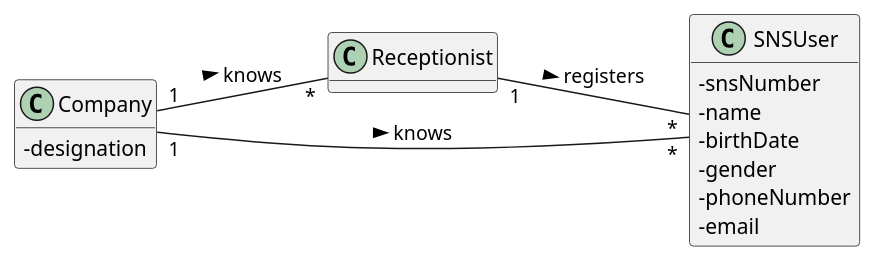
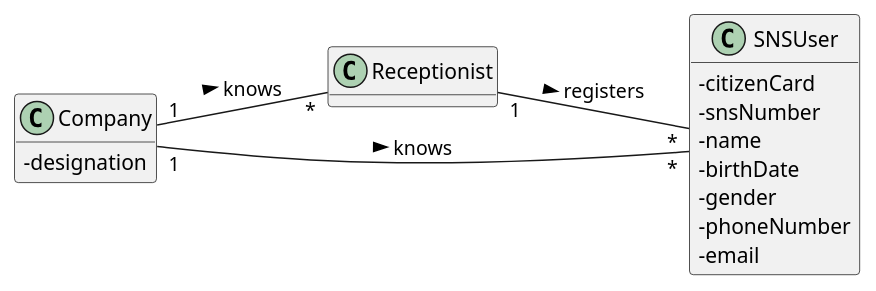
One commit to miseEnPlace-i/lapr2 changed the diagram in docs/SprintB/US03/DM/US03_DM.puml. Above: the diagram before and after it, drawn with PlantUML. The commit also changed 5 other files, not shown here.

Commit message:
docs(US03): update diagrams

```diff
--- a/docs/SprintB/US03/DM/US03_DM.puml
+++ b/docs/SprintB/US03/DM/US03_DM.puml
@@ -1,33 +1,34 @@
 @startuml Domain Model
 hide methods
 left to right direction
 skinparam classAttributeIconSize 0
 
 class Receptionist { }
 
 class SNSUser {
+  - citizenCard
   - snsNumber
   - name
   - birthDate
   - gender
   - phoneNumber
   - email
 }
 
 class Company {
   - designation
 }
 
 ' class User {
 '   - name
 '   - email
 '   - pwd
 '   - role
 ' }
 
 Receptionist "1" -- "*" SNSUser : registers >
 Company "1" -- "*" Receptionist : knows >
 Company "1" -- "*" SNSUser : knows >
 ' SNSUser "0..1" -- "1" User : becomes >
 
 @enduml
```
